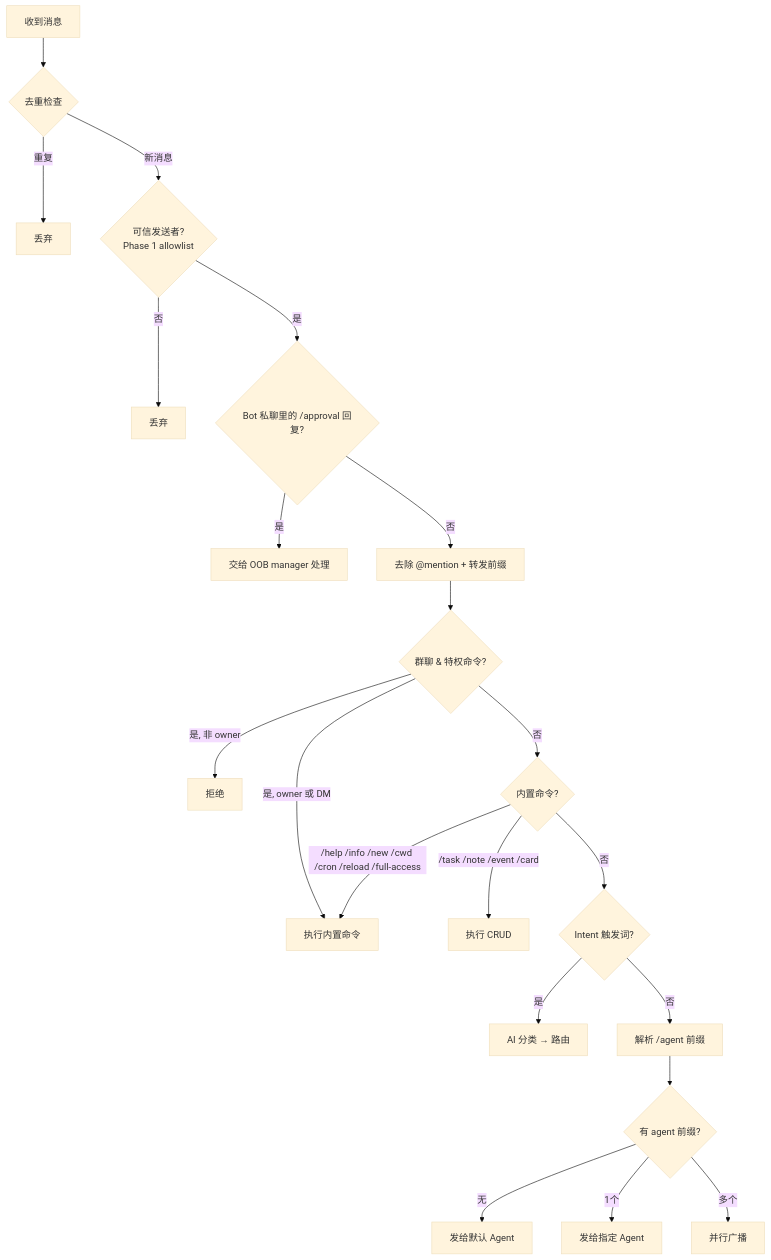
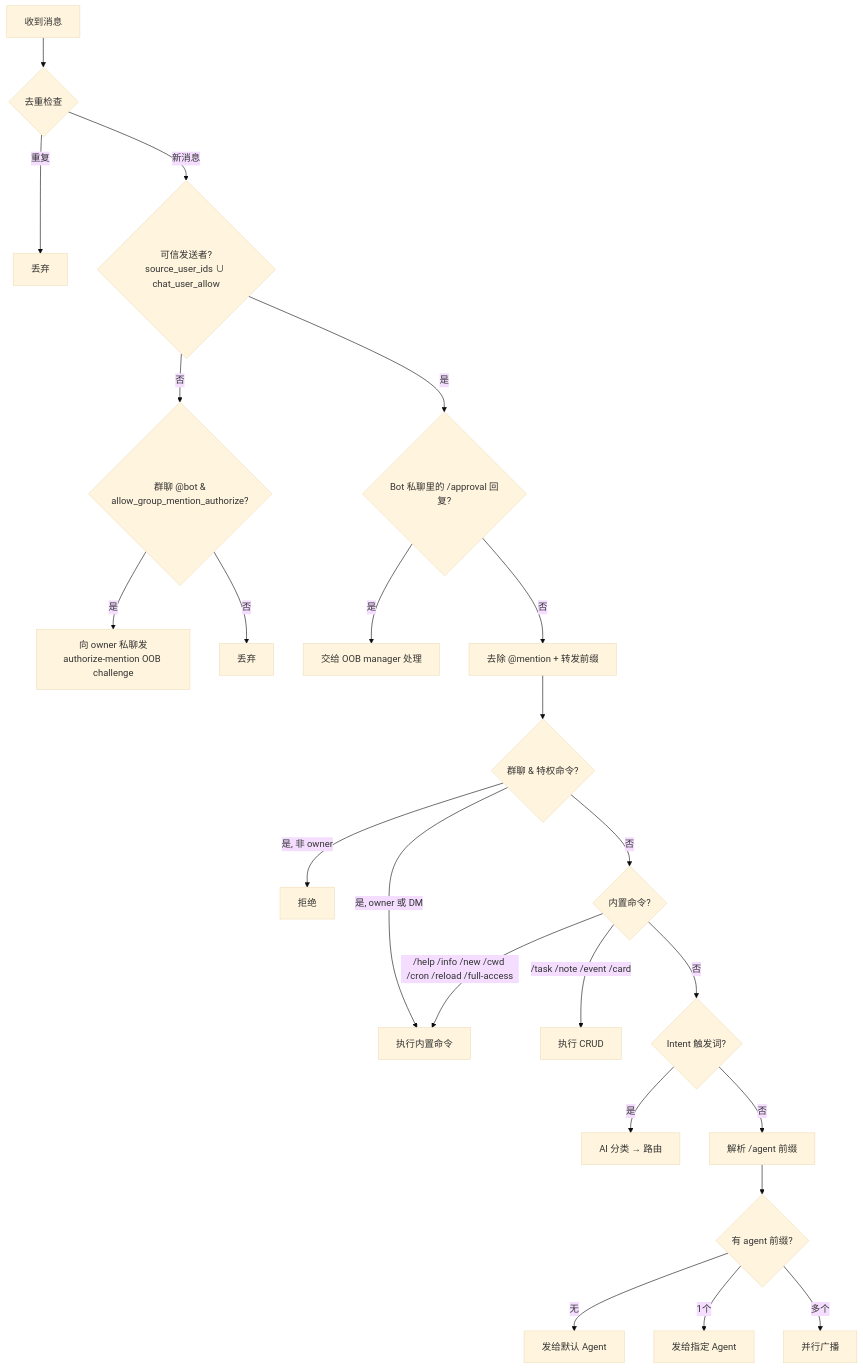
The second of 3 diagrams in docs/zh/guide/how-it-works.md (ringclaw/ringclaw), drawn with Mermaid (base theme) before and after one commit. The commit also changed other lines of this file and 7 other files, not shown here.

First line of the commit message:
docs(security): authorize-mention OOB flow + chat_user_allow + richer prompts

````diff
--- a/docs/zh/guide/how-it-works.md
+++ b/docs/zh/guide/how-it-works.md
@@ -25,23 +25,25 @@
 ```mermaid
 flowchart TD
     Msg[收到消息] --> Dedup{去重检查}
     Dedup -->|重复| Drop[丢弃]
-    Dedup -->|新消息| TS{可信发送者?<br/>Phase 1 allowlist}
-    TS -->|否| Drop2[丢弃]
+    Dedup -->|新消息| TS{可信发送者?<br/>source_user_ids ∪ chat_user_allow}
+    TS -->|否| Mention{群聊 @bot &<br/>allow_group_mention_authorize?}
+    Mention -->|是| OOBA[向 owner 私聊发<br/>authorize-mention OOB challenge]
+    Mention -->|否| Drop2[丢弃]
     TS -->|是| Approval{Bot 私聊里的 /approval 回复?}
     Approval -->|是| OOB[交给 OOB manager 处理]
     Approval -->|否| Strip[去除 @mention + 转发前缀]
     Strip --> Priv{群聊 & 特权命令?}
     Priv -->|是, 非 owner| Block[拒绝]
     Priv -->|是, owner 或 DM| Cmd[执行内置命令]
     Priv -->|否| BuiltIn{内置命令?}
     BuiltIn -->|/help /info /new /cwd /cron /reload /full-access| Cmd
     BuiltIn -->|/task /note /event /card| CRUD[执行 CRUD]
     BuiltIn -->|否| Intent{Intent 触发词?}
     Intent -->|是| Classify[AI 分类 → 路由]
     Intent -->|否| Parse[解析 /agent 前缀]
     Parse --> HasAgent{有 agent 前缀?}
     HasAgent -->|无| Default[发给默认 Agent]
     HasAgent -->|1个| Named[发给指定 Agent]
     HasAgent -->|多个| Broadcast[并行广播]
 ```
````
